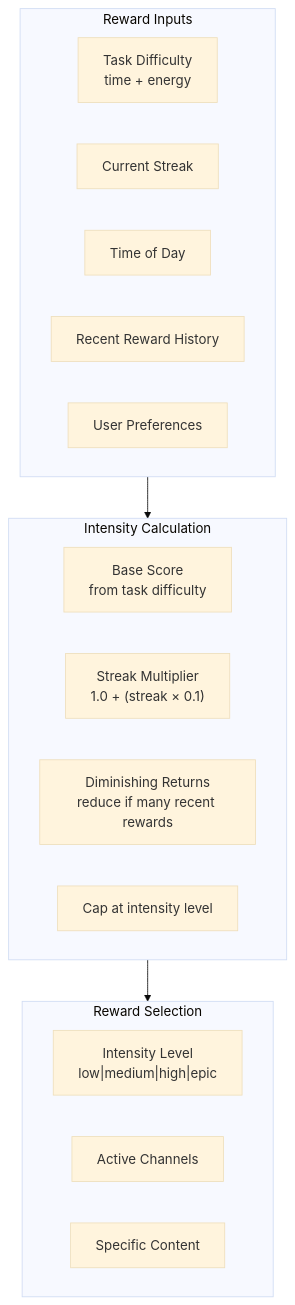
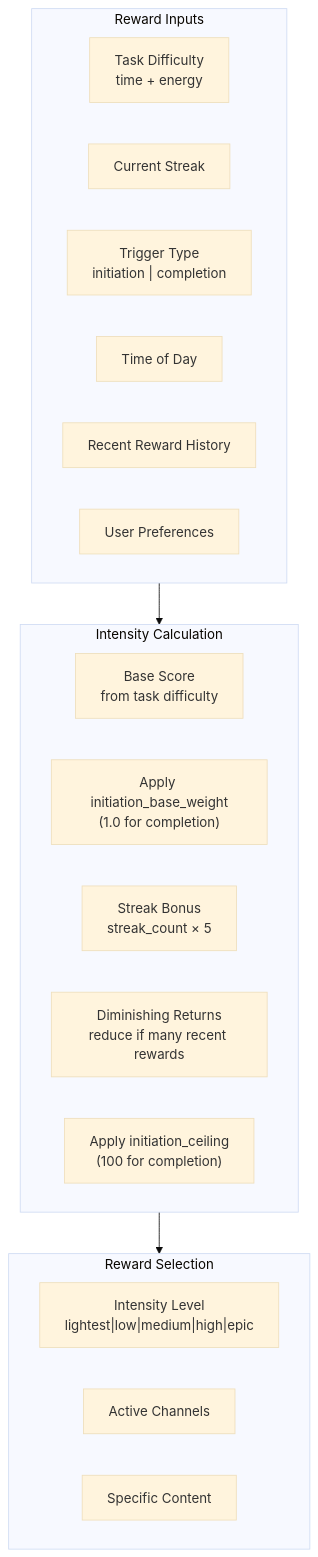
Diagram 15 of 19 in docs/reward-system.md (NickBorgersProbably/hide-my-list), drawn with Mermaid (base theme) before and after one commit. The commit also changed other lines of this file, not shown here.

First line of the commit message:
Unify initiation and completion reward scoring into single algorithm

````diff
--- a/docs/reward-system.md
+++ b/docs/reward-system.md
@@ -552,26 +568,28 @@
 ```mermaid
 flowchart TD
     subgraph Input["Reward Inputs"]
         TaskDifficulty["Task Difficulty<br/>time + energy"]
         StreakCount["Current Streak"]
+        TriggerType["Trigger Type<br/>initiation | completion"]
         TimeOfDay["Time of Day"]
         RecentRewards["Recent Reward History"]
         UserPrefs["User Preferences"]
     end
 
     subgraph Calculate["Intensity Calculation"]
         Base["Base Score<br/>from task difficulty"]
-        Multiplier["Streak Multiplier<br/>1.0 + (streak × 0.1)"]
+        Weight["Apply initiation_base_weight<br/>(1.0 for completion)"]
+        Multiplier["Streak Bonus<br/>streak_count × 5"]
         Diminishing["Diminishing Returns<br/>reduce if many recent rewards"]
-        Cap["Cap at intensity level"]
+        Cap["Apply initiation_ceiling<br/>(100 for completion)"]
     end
 
     subgraph Output["Reward Selection"]
-        Intensity["Intensity Level<br/>low|medium|high|epic"]
+        Intensity["Intensity Level<br/>lightest|low|medium|high|epic"]
         Channels["Active Channels"]
         Content["Specific Content"]
     end
 
     Input --> Calculate
     Calculate --> Output
 ```
````
